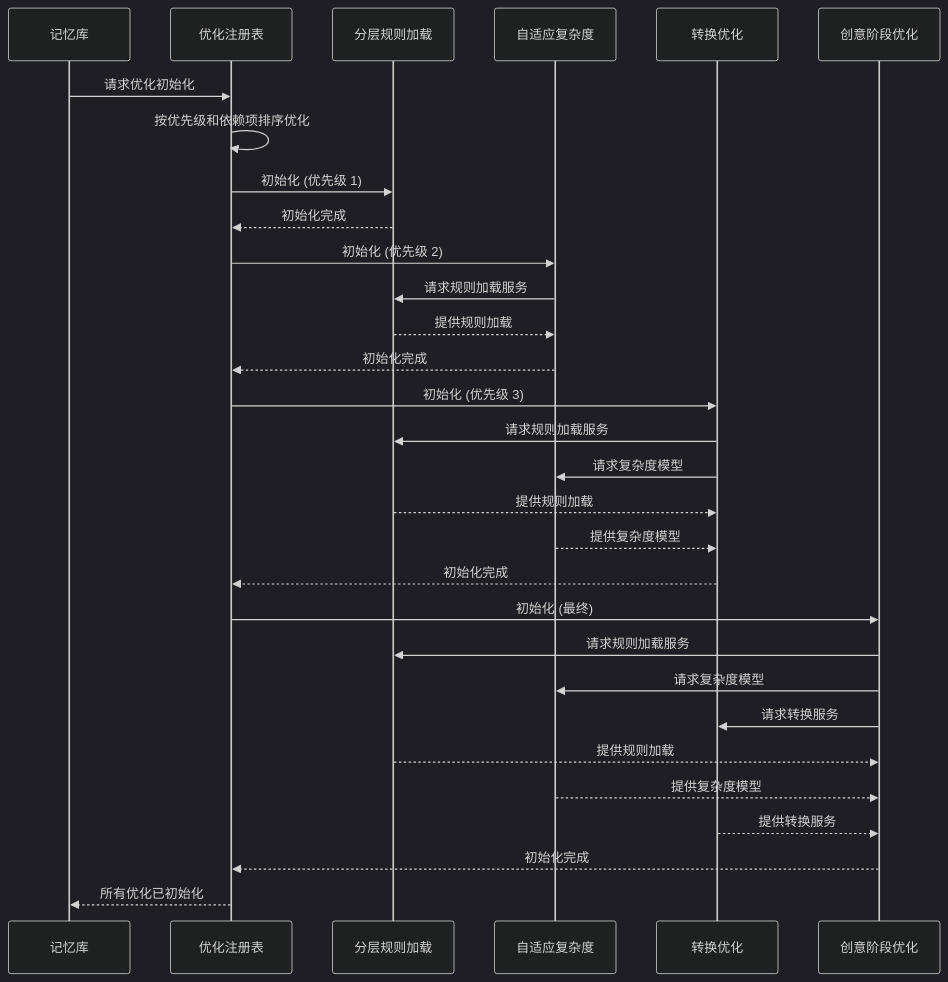
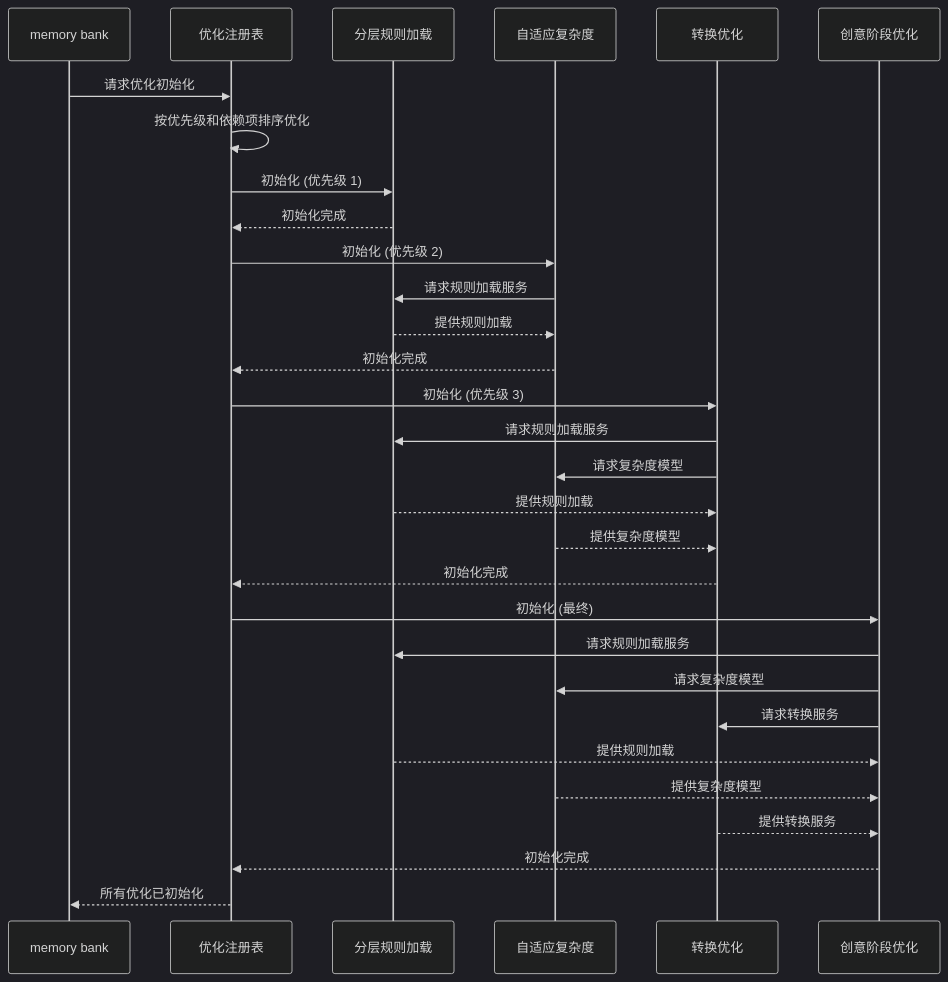
One commit to autel-lizhuohang/cursor-memory-bank-cn changed the second of 3 diagrams in .cursor/rules/isolation_rules/Core/optimization-integration.mdc. Above: the diagram before and after it, drawn with Mermaid (dark theme). The commit also changed other lines of this file and 33 other files, not shown here.

````diff
--- a/.cursor/rules/isolation_rules/Core/optimization-integration.mdc
+++ b/.cursor/rules/isolation_rules/Core/optimization-integration.mdc
@@ -86,33 +86,33 @@
 ```mermaid
 sequenceDiagram
-    participant MB as 记忆库
+    participant MB as memory bank
     participant Reg as 优化注册表
     participant HRL as 分层规则加载
     participant ACM as 自适应复杂度
     participant TMO as 转换优化
     participant CPO as 创意阶段优化
 
     MB->>Reg: 请求优化初始化
     Reg->>Reg: 按优先级和依赖项排序优化
     Reg->>HRL: 初始化 (优先级 1)
     HRL-->>Reg: 初始化完成
     Reg->>ACM: 初始化 (优先级 2)
     ACM->>HRL: 请求规则加载服务
     HRL-->>ACM: 提供规则加载
     ACM-->>Reg: 初始化完成
     Reg->>TMO: 初始化 (优先级 3)
     TMO->>HRL: 请求规则加载服务
     TMO->>ACM: 请求复杂度模型
     HRL-->>TMO: 提供规则加载
     ACM-->>TMO: 提供复杂度模型
     TMO-->>Reg: 初始化完成
     Reg->>CPO: 初始化 (最终)
     CPO->>HRL: 请求规则加载服务
     CPO->>ACM: 请求复杂度模型
     CPO->>TMO: 请求转换服务
     HRL-->>CPO: 提供规则加载
     ACM-->>CPO: 提供复杂度模型
     TMO-->>CPO: 提供转换服务
     CPO-->>Reg: 初始化完成
     Reg-->>MB: 所有优化已初始化
 ```
````
